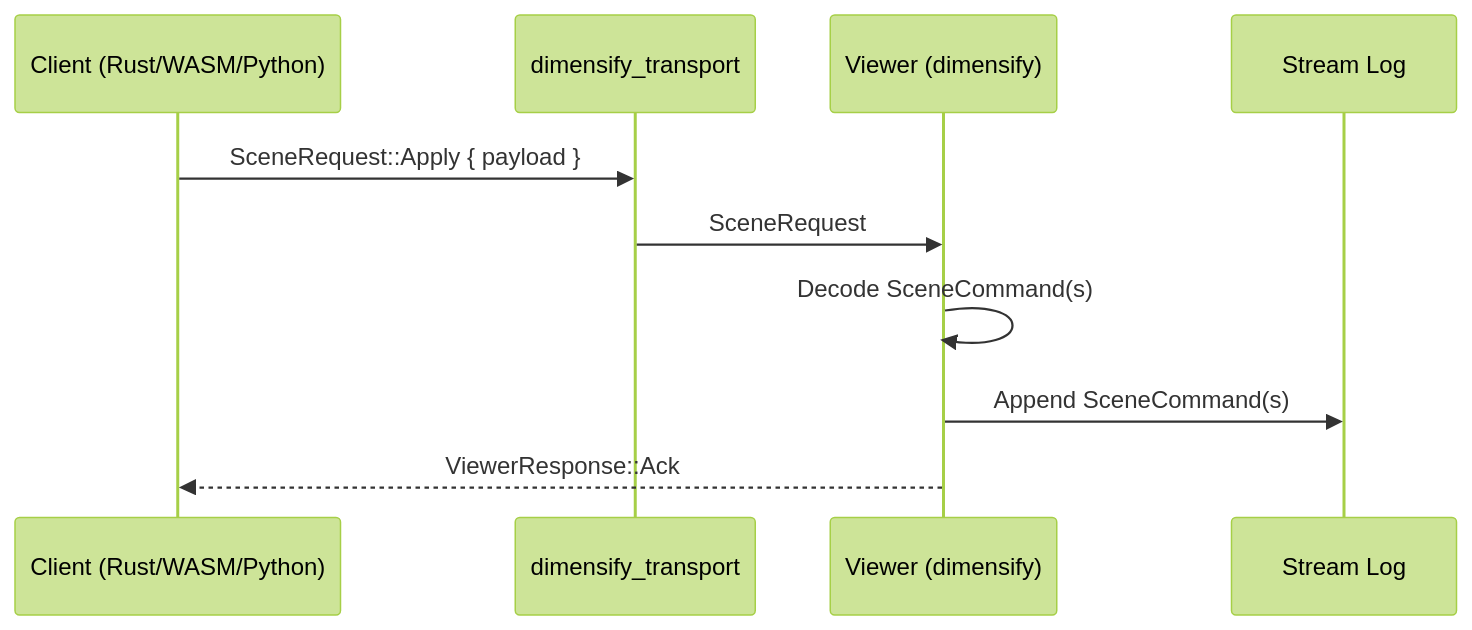
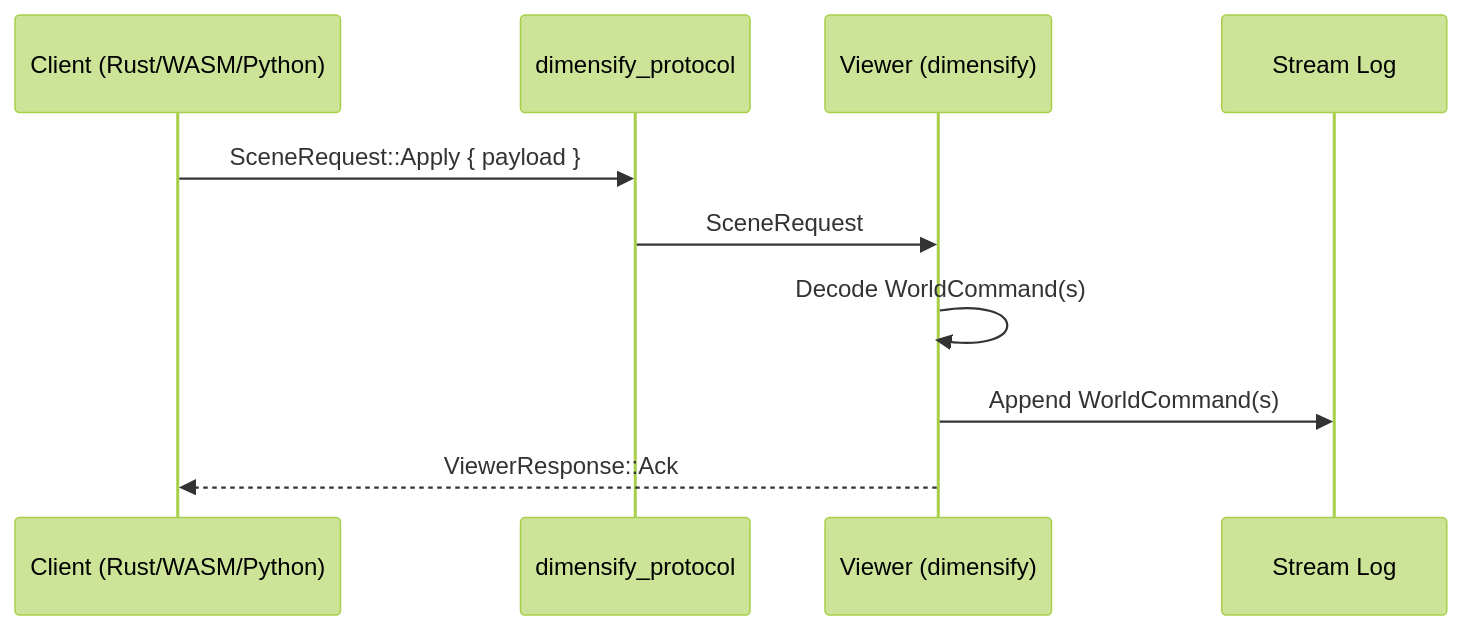
One commit to soraxas/dimensify changed the second of 2 diagrams in docs/protocol.md. Above: the diagram before and after it, drawn with Mermaid (forest theme). The commit also changed other lines of this file and 29 other files, not shown here.

````diff
--- a/docs/protocol.md
+++ b/docs/protocol.md
@@ -39,13 +110,13 @@
 ```mermaid
 sequenceDiagram
     participant Client as Client (Rust/WASM/Python)
-    participant Transport as dimensify_transport
+    participant Transport as dimensify_protocol
     participant Viewer as Viewer (dimensify)
     participant Stream as Stream Log
 
     Client->>Transport: SceneRequest::Apply { payload }
     Transport->>Viewer: SceneRequest
-    Viewer->>Viewer: Decode SceneCommand(s)
-    Viewer->>Stream: Append SceneCommand(s)
+    Viewer->>Viewer: Decode WorldCommand(s)
+    Viewer->>Stream: Append WorldCommand(s)
     Viewer-->>Client: ViewerResponse::Ack
 ```
````
